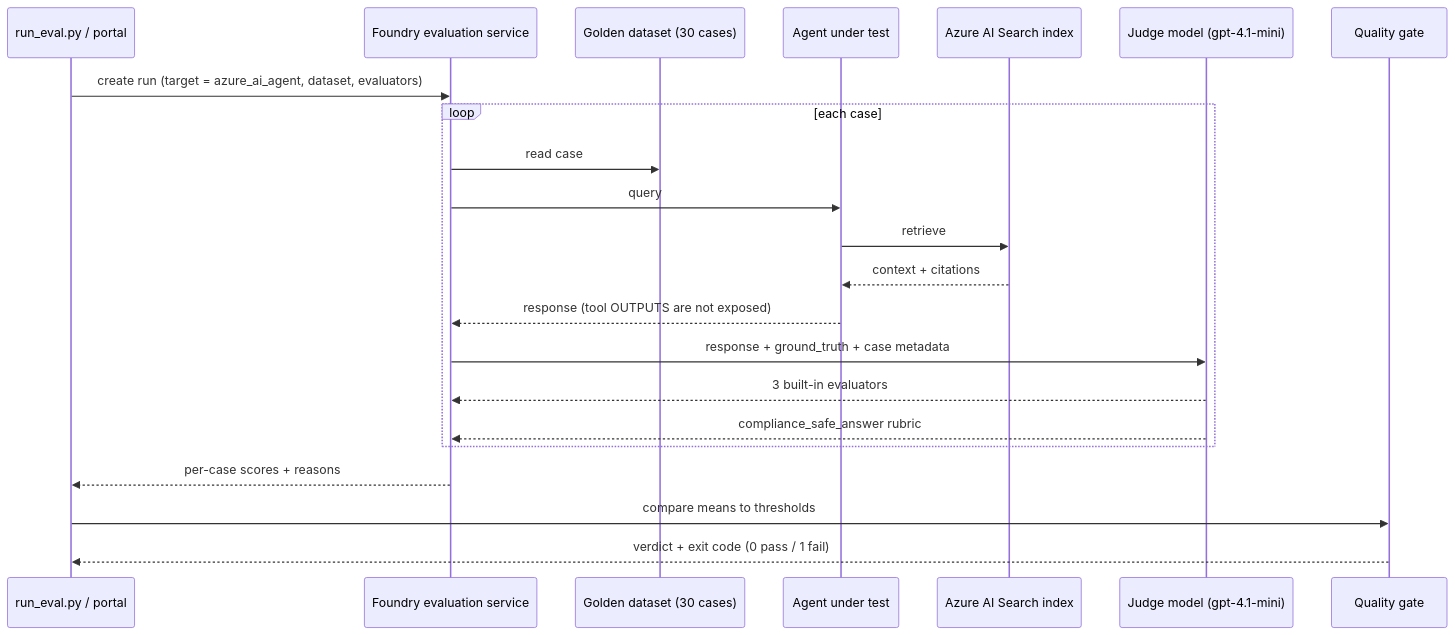
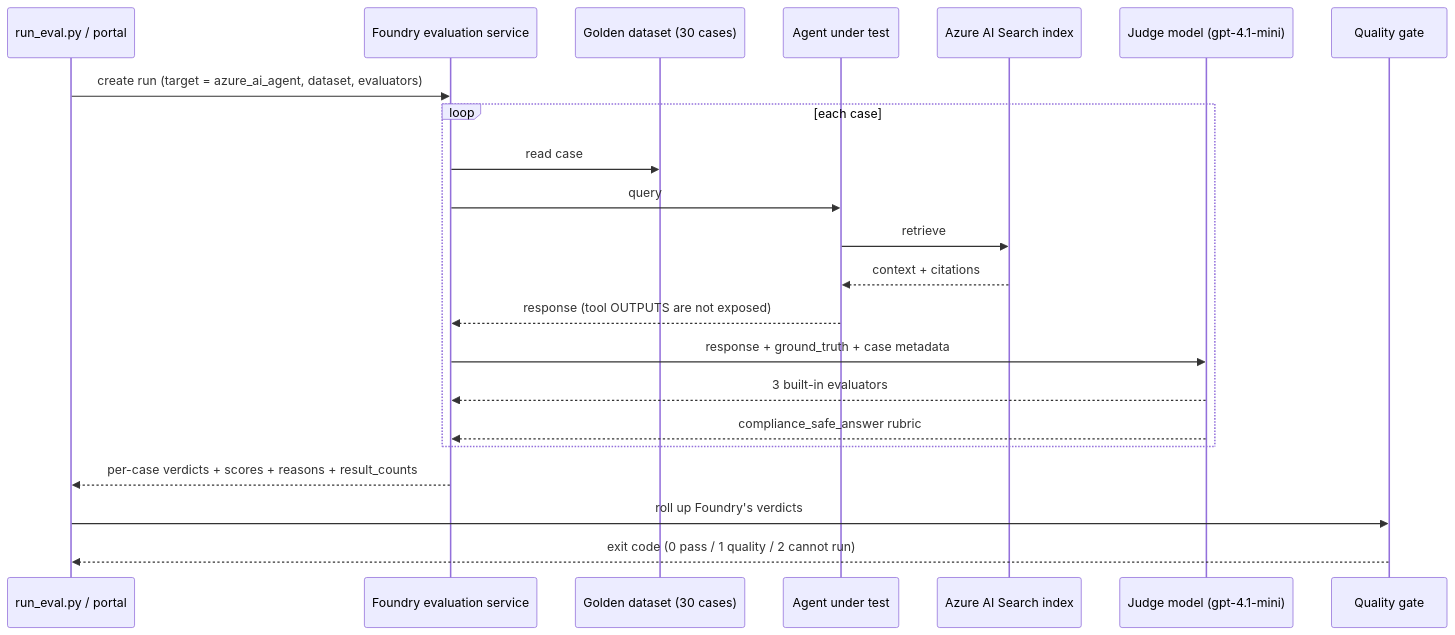
The second of 2 diagrams in src/evals/docs/architecture.md (briandenicola/ai-application-architectures), drawn with Mermaid before and after one commit. The commit also changed other lines of this file and 5 other files, not shown here.

````diff
--- a/src/evals/docs/architecture.md
+++ b/src/evals/docs/architecture.md
@@ -117,25 +117,25 @@
 ```mermaid
 sequenceDiagram
     participant R as run_eval.py / portal
     participant F as Foundry evaluation service
     participant D as Golden dataset (30 cases)
     participant A as Agent under test
     participant KB as Azure AI Search index
     participant J as Judge model (gpt-4.1-mini)
     participant G as Quality gate
 
     R->>F: create run (target = azure_ai_agent, dataset, evaluators)
     loop each case
         F->>D: read case
         F->>A: query
         A->>KB: retrieve
         KB-->>A: context + citations
         A-->>F: response (tool OUTPUTS are not exposed)
         F->>J: response + ground_truth + case metadata
         J-->>F: 3 built-in evaluators
         J-->>F: compliance_safe_answer rubric
     end
-    F-->>R: per-case scores + reasons
-    R->>G: compare means to thresholds
-    G-->>R: verdict + exit code (0 pass / 1 fail)
+    F-->>R: per-case verdicts + scores + reasons + result_counts
+    R->>G: roll up Foundry's verdicts
+    G-->>R: exit code (0 pass / 1 quality / 2 cannot run)
 ```
````
